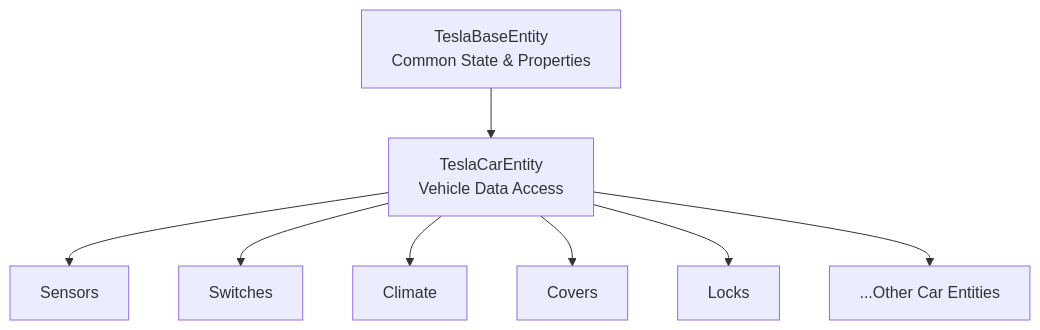
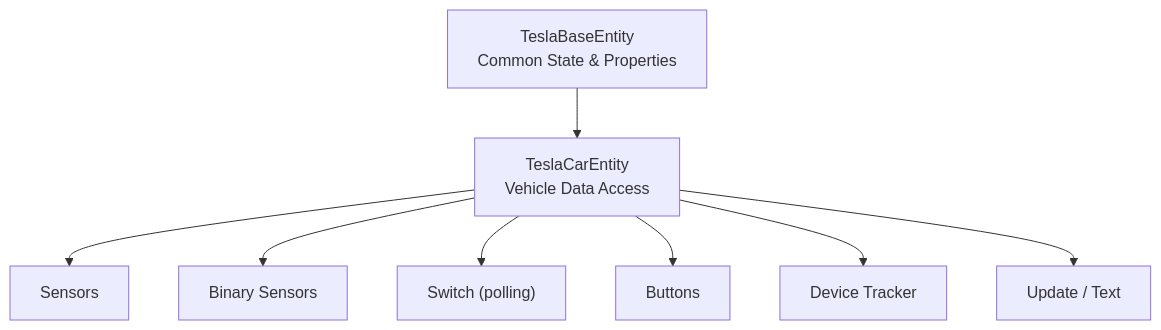
Before and after one commit to grzesiek1711/tesla: the fourth of 8 diagrams in docs/architecture.md, drawn with Mermaid. The commit also changed other lines of this file and 40 other files, not shown here.

````diff
--- a/docs/architecture.md
+++ b/docs/architecture.md
@@ -94,15 +94,15 @@
 ```mermaid
 graph TB
     TBE["TeslaBaseEntity<br/>Common State & Properties"]
 
     TCE["TeslaCarEntity<br/>Vehicle Data Access"]
 
     TBE --> TCE
 
     TCE --> S1["Sensors"]
-    TCE --> S2["Switches"]
-    TCE --> S3["Climate"]
-    TCE --> S4["Covers"]
-    TCE --> S5["Locks"]
-    TCE --> S6["...Other Car Entities"]
+    TCE --> S2["Binary Sensors"]
+    TCE --> S3["Switch (polling)"]
+    TCE --> S4["Buttons"]
+    TCE --> S5["Device Tracker"]
+    TCE --> S6["Update / Text"]
 ```
````
